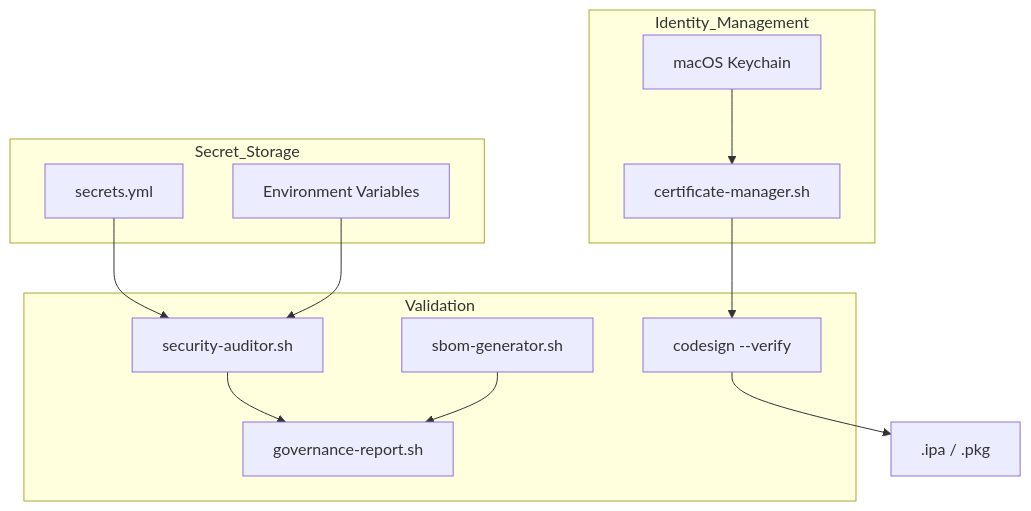
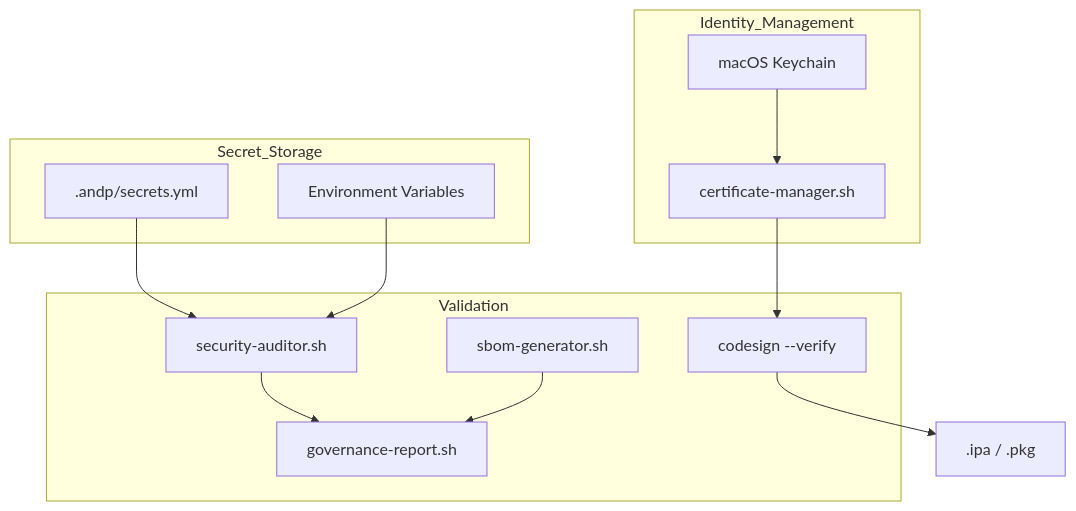
One commit to isopen-io/andp changed the sixth of 7 diagrams in Documentation/Architecture/Diagrams.md. Above: the diagram before and after it, drawn with Mermaid. The commit also changed other lines of this file and 15 other files, not shown here.

````diff
--- a/Documentation/Architecture/Diagrams.md
+++ b/Documentation/Architecture/Diagrams.md
@@ -108,27 +108,27 @@
 ```mermaid
 graph TD
     subgraph Secret_Storage
-        SecretsFile[secrets.yml]
+        SecretsFile[.andp/secrets.yml]
         EnvVars[Environment Variables]
     end
 
     subgraph Validation
         SecAudit[security-auditor.sh]
         SBOM[sbom-generator.sh]
         GovReport[governance-report.sh]
         SignVerify[codesign --verify]
     end
 
     subgraph Identity_Management
         CertMgr[certificate-manager.sh]
         Keychain[macOS Keychain]
     end
 
     SecretsFile --> SecAudit
     EnvVars --> SecAudit
     SecAudit --> GovReport
     SBOM --> GovReport
     Keychain --> CertMgr
     CertMgr --> SignVerify
     SignVerify --> Artifacts[.ipa / .pkg]
 ```
````
